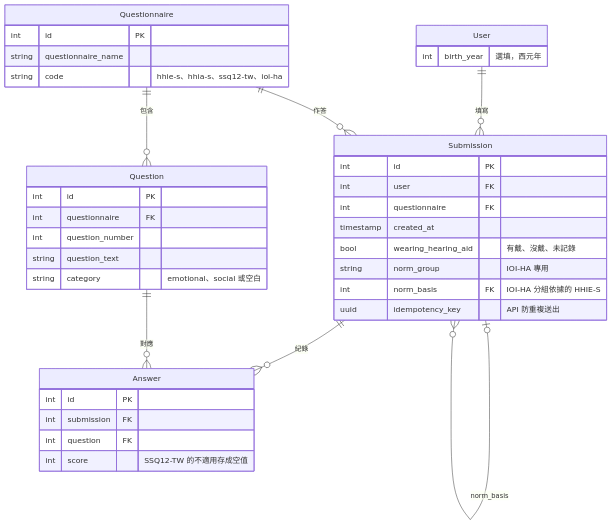
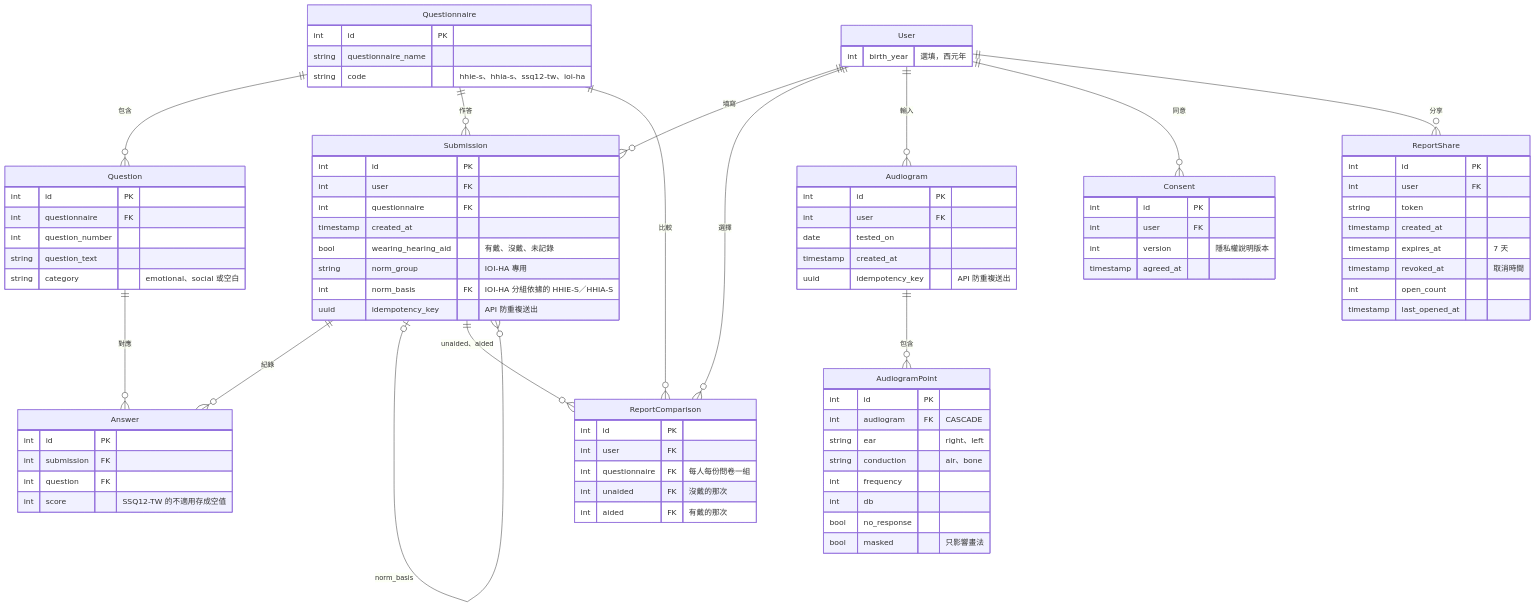
Before and after one commit to minuet878-prog/HearWell: the diagram in README.md, drawn with Mermaid.

Commit message:
docs: draw every model in the README diagram
The previous note claimed the other tables only link to User, but
ReportComparison also points at Questionnaire and two Submissions.

````diff
--- a/README.md
+++ b/README.md
@@ -79,7 +77,7 @@
     timestamp created_at
     bool wearing_hearing_aid "有戴、沒戴、未記錄"
     string norm_group "IOI-HA 專用"
-    int norm_basis FK "IOI-HA 分組依據的 HHIE-S"
+    int norm_basis FK "IOI-HA 分組依據的 HHIE-S／HHIA-S"
     uuid idempotency_key "API 防重複送出"
 }
 
@@ -90,10 +88,62 @@
     int score "SSQ12-TW 的不適用存成空值"
 }
 
+ReportComparison {
+    int id PK
+    int user FK
+    int questionnaire FK "每人每份問卷一組"
+    int unaided FK "沒戴的那次"
+    int aided FK "有戴的那次"
+}
+
+Audiogram {
+    int id PK
+    int user FK
+    date tested_on
+    timestamp created_at
+    uuid idempotency_key "API 防重複送出"
+}
+
+AudiogramPoint {
+    int id PK
+    int audiogram FK "CASCADE"
+    string ear "right、left"
+    string conduction "air、bone"
+    int frequency
+    int db
+    bool no_response
+    bool masked "只影響畫法"
+}
+
+Consent {
+    int id PK
+    int user FK
+    int version "隱私權說明版本"
+    timestamp agreed_at
+}
+
+ReportShare {
+    int id PK
+    int user FK
+    string token
+    timestamp created_at
+    timestamp expires_at "7 天"
+    timestamp revoked_at "取消時間"
+    int open_count
+    timestamp last_opened_at
+}
+
 User ||--o{ Submission : "填寫"
 Questionnaire ||--o{ Question : "包含"
 Questionnaire ||--o{ Submission : "作答"
 Submission ||--o{ Answer : "紀錄"
 Question ||--o{ Answer : "對應"
 Submission |o--o{ Submission : "norm_basis"
+User ||--o{ ReportComparison : "選擇"
+Questionnaire ||--o{ ReportComparison : "比較"
+Submission ||--o{ ReportComparison : "unaided、aided"
+User ||--o{ Audiogram : "輸入"
+Audiogram ||--o{ AudiogramPoint : "包含"
+User ||--o{ Consent : "同意"
+User ||--o{ ReportShare : "分享"
 ```
````
